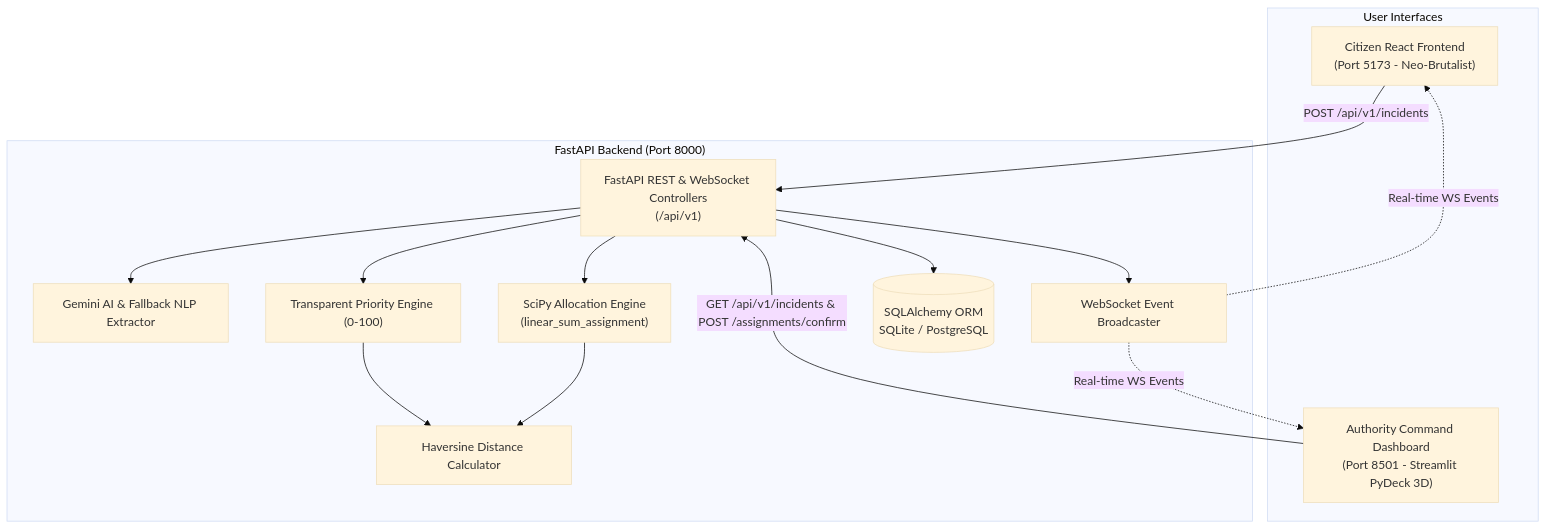
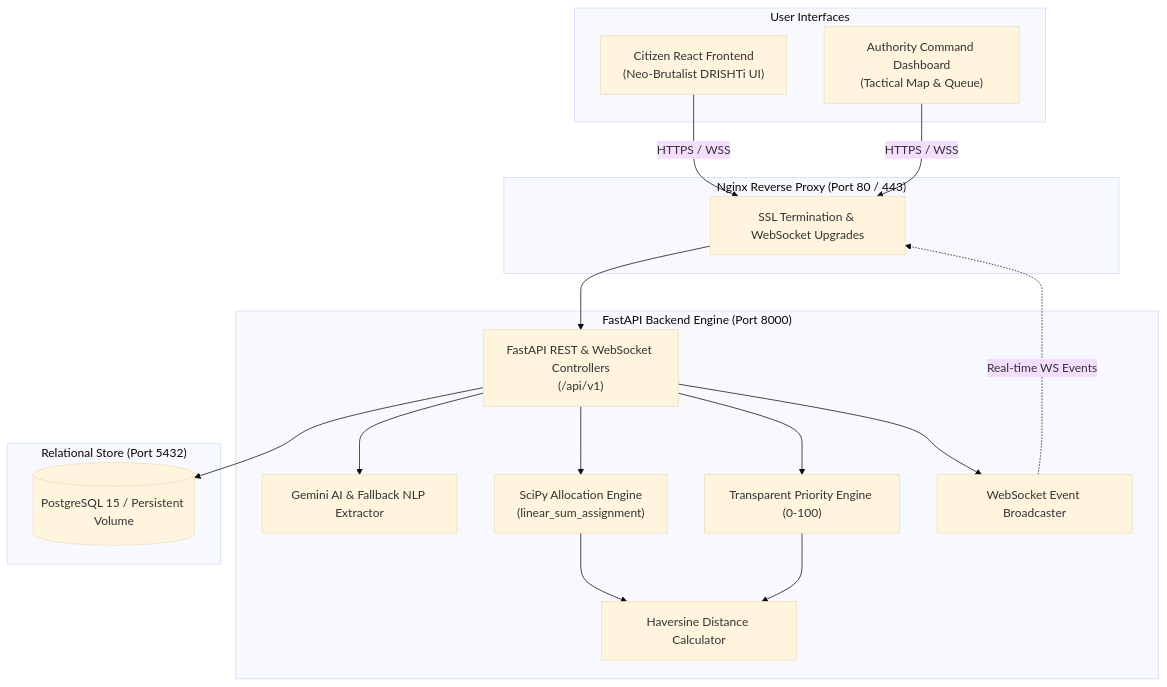
Before and after one commit to SiddhiB-05/Disaster-response-platform: the diagram in README.md, drawn with Mermaid (base theme). The commit also changed other lines of this file, not shown here.

Commit message:
docs: add official live deployment links, architecture diagrams, and DRISHTi branding to README

````diff
--- a/README.md
+++ b/README.md
@@ -9,31 +25,38 @@
 ```mermaid
 flowchart TD
     subgraph Clients["User Interfaces"]
-        CitizenUI["Citizen React Frontend<br/>(Port 5173 - Neo-Brutalist)"]
-        DashboardUI["Authority Command Dashboard<br/>(Port 8501 - Streamlit PyDeck 3D)"]
+        CitizenUI["Citizen React Frontend<br/>(Neo-Brutalist DRISHTi UI)"]
+        DashboardUI["Authority Command Dashboard<br/>(Tactical Map & Queue)"]
     end
 
-    subgraph Backend["FastAPI Backend (Port 8000)"]
+    subgraph Nginx["Nginx Reverse Proxy (Port 80 / 443)"]
+        Proxy["SSL Termination & WebSocket Upgrades"]
+    end
+
+    subgraph Backend["FastAPI Backend Engine (Port 8000)"]
         API["FastAPI REST & WebSocket Controllers<br/>(/api/v1)"]
         GeminiService["Gemini AI & Fallback NLP Extractor"]
         ScoringEngine["Transparent Priority Engine (0-100)"]
         SciPyOptimizer["SciPy Allocation Engine<br/>(linear_sum_assignment)"]
         HaversineMath["Haversine Distance Calculator"]
         WSManager["WebSocket Event Broadcaster"]
-        DB[(SQLAlchemy ORM<br/>SQLite / PostgreSQL)]
     end
 
-    CitizenUI -->|POST /api/v1/incidents| API
-    DashboardUI -->|GET /api/v1/incidents & POST /assignments/confirm| API
+    subgraph Database["Relational Store (Port 5432)"]
+        DB[(PostgreSQL 15 / Persistent Volume)]
+    end
+
+    CitizenUI -->|HTTPS / WSS| Proxy
+    DashboardUI -->|HTTPS / WSS| Proxy
+    Proxy --> API
     
     API --> GeminiService
     API --> ScoringEngine
     API --> SciPyOptimizer
     SciPyOptimizer --> HaversineMath
     ScoringEngine --> HaversineMath
     
     API --> DB
     API --> WSManager
-    WSManager -.->|Real-time WS Events| CitizenUI
-    WSManager -.->|Real-time WS Events| DashboardUI
+    WSManager -.->|Real-time WS Events| Proxy
 ```
````
